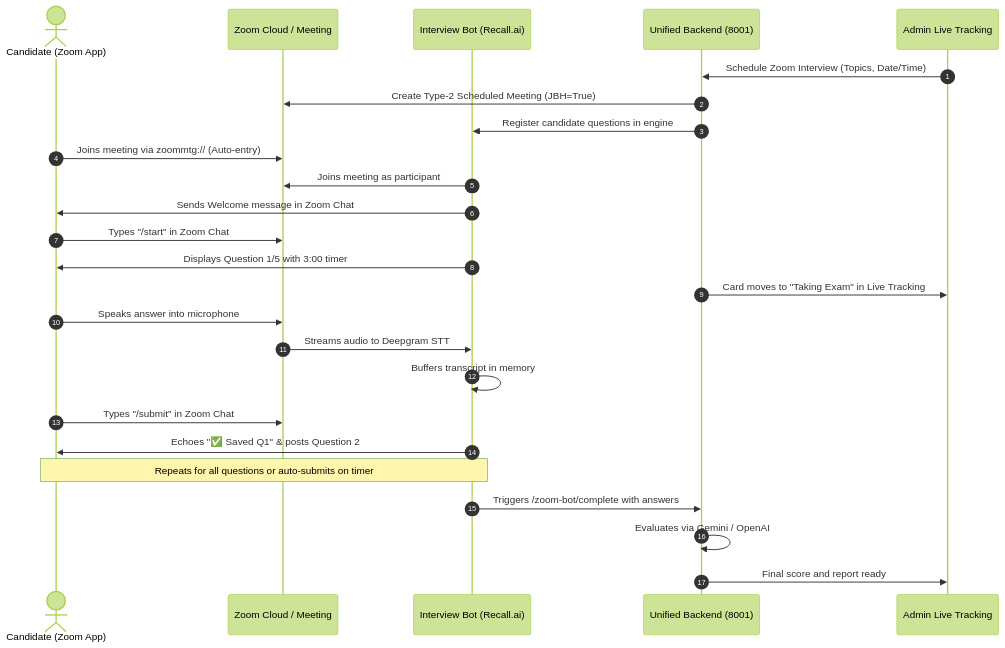
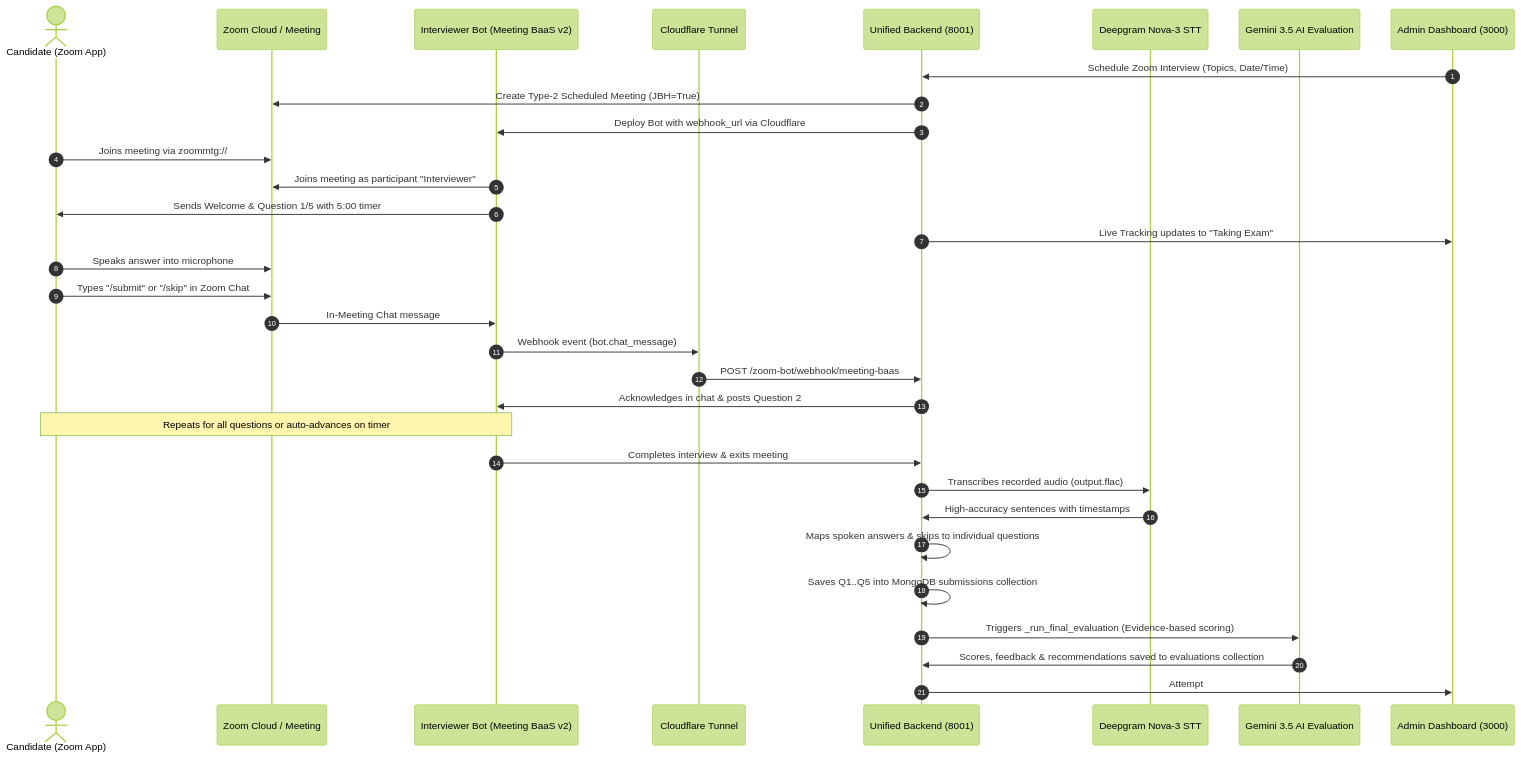
One commit to krankushpatel/Interview changed the diagram in ARCHITECTURE_AND_FLOW.md. Above: the diagram before and after it, drawn with Mermaid (forest theme). The commit also changed other lines of this file and 4 other files, not shown here.

Commit message:
fix(zoom-bot): integrate Deepgram Nova-3 transcription, individual submission persistence, and automated AI evaluation for in-meeting Zoom interview flow

````diff
--- a/ARCHITECTURE_AND_FLOW.md
+++ b/ARCHITECTURE_AND_FLOW.md
@@ -83,28 +83,35 @@
 ```mermaid
 sequenceDiagram
     autonumber
     actor Candidate as Candidate (Zoom App)
     participant Zoom as Zoom Cloud / Meeting
-    participant Bot as Interview Bot (Recall.ai)
+    participant Bot as Interviewer Bot (Meeting BaaS v2)
+    participant Cloudflare as Cloudflare Tunnel
     participant Backend as Unified Backend (8001)
-    participant Admin as Admin Live Tracking
+    participant Deepgram as Deepgram Nova-3 STT
+    participant AI as Gemini 3.5 AI Evaluation
+    participant Admin as Admin Dashboard (3000)
 
     Admin->>Backend: Schedule Zoom Interview (Topics, Date/Time)
     Backend->>Zoom: Create Type-2 Scheduled Meeting (JBH=True)
-    Backend->>Bot: Register candidate questions in engine
-    Candidate->>Zoom: Joins meeting via zoommtg:// (Auto-entry)
-    Bot->>Zoom: Joins meeting as participant
-    Bot->>Candidate: Sends Welcome message in Zoom Chat
-    Candidate->>Zoom: Types "/start" in Zoom Chat
-    Bot->>Candidate: Displays Question 1/5 with 3:00 timer
-    Backend->>Admin: Card moves to "Taking Exam" in Live Tracking
+    Backend->>Bot: Deploy Bot with webhook_url via Cloudflare
+    Candidate->>Zoom: Joins meeting via zoommtg://
+    Bot->>Zoom: Joins meeting as participant "Interviewer"
+    Bot->>Candidate: Sends Welcome & Question 1/5 with 5:00 timer
+    Backend->>Admin: Live Tracking updates to "Taking Exam"
     Candidate->>Zoom: Speaks answer into microphone
-    Zoom->>Bot: Streams audio to Deepgram STT
-    Bot->>Bot: Buffers transcript in memory
-    Candidate->>Zoom: Types "/submit" in Zoom Chat
-    Bot->>Candidate: Echoes "✅ Saved Q1" & posts Question 2
-    Note over Candidate,Bot: Repeats for all questions or auto-submits on timer
-    Bot->>Backend: Triggers /zoom-bot/complete with answers
-    Backend->>Backend: Evaluates via Gemini / OpenAI
-    Backend->>Admin: Final score and report ready
+    Candidate->>Zoom: Types "/submit" or "/skip" in Zoom Chat
+    Zoom->>Bot: In-Meeting Chat message
+    Bot->>Cloudflare: Webhook event (bot.chat_message)
+    Cloudflare->>Backend: POST /zoom-bot/webhook/meeting-baas
+    Backend->>Bot: Acknowledges in chat & posts Question 2
+    Note over Candidate,Bot: Repeats for all questions or auto-advances on timer
+    Bot->>Backend: Completes interview & exits meeting
+    Backend->>Deepgram: Transcribes recorded audio (output.flac)
+    Deepgram->>Backend: High-accuracy sentences with timestamps
+    Backend->>Backend: Maps spoken answers & skips to individual questions
+    Backend->>Backend: Saves Q1..Q5 into MongoDB submissions collection
+    Backend->>AI: Triggers _run_final_evaluation (Evidence-based scoring)
+    AI->>Backend: Scores, feedback & recommendations saved to evaluations collection
+    Backend->>Admin: Attempt #N Report & Preview ready with full Q&A and scores
 ```
````
